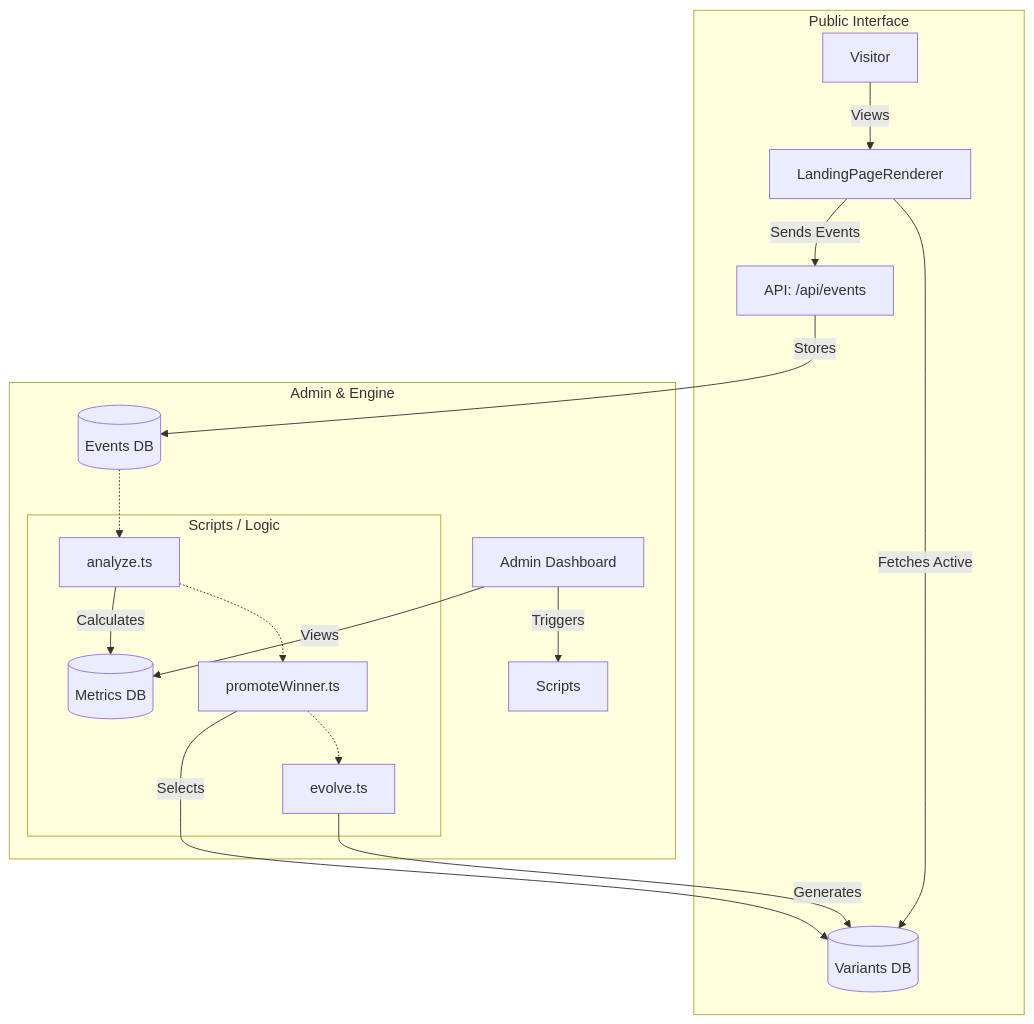
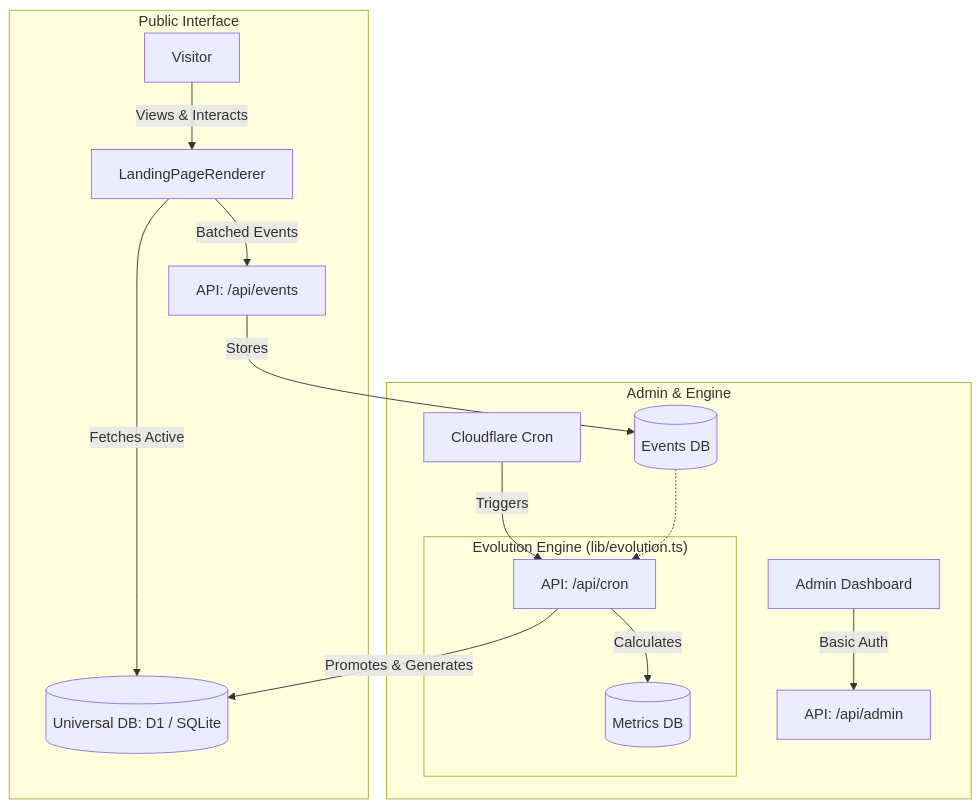
One commit to Dachkovski/darwin_page changed the diagram in docs/ARCHITECTURE.md. Above: the diagram before and after it, drawn with Mermaid. The commit also changed 3 other files, not shown here.

````diff
--- a/docs/ARCHITECTURE.md
+++ b/docs/ARCHITECTURE.md
@@ -25,25 +25,22 @@
 ```mermaid
 graph TD
     subgraph "Public Interface"
-        V[Visitor] --> |Views| P[LandingPageRenderer]
-        P --> |Sends Events| A_E[API: /api/events]
-        P --> |Fetches Active| DB_V[(Variants DB)]
+        V[Visitor] --> |Views & Interacts| P[LandingPageRenderer]
+        P --> |Batched Events| A_E[API: /api/events]
+        P --> |Fetches Active| DB_V[(Universal DB: D1 / SQLite)]
     end
 
     subgraph "Admin & Engine"
-        Admin[Admin Dashboard] --> |Triggers| Scripts
-        Admin --> |Views| DB_M[(Metrics DB)]
+        Admin[Admin Dashboard] --> |Basic Auth| A_A[API: /api/admin]
+        Cron[Cloudflare Cron] --> |Triggers| A_C[API: /api/cron]
         
         A_E --> |Stores| DB_EV[(Events DB)]
         
-        subgraph "Scripts / Logic"
-            S_A[analyze.ts] --> |Calculates| DB_M
-            S_P[promoteWinner.ts] --> |Selects| DB_V
-            S_E[evolve.ts] --> |Generates| DB_V
+        subgraph "Evolution Engine (lib/evolution.ts)"
+            A_C --> |Calculates| DB_M[(Metrics DB)]
+            A_C --> |Promotes & Generates| DB_V
         end
     end
 
-    DB_EV -.-> S_A
-    S_A -.-> S_P
-    S_P -.-> S_E
+    DB_EV -.-> A_C
 ```
````
